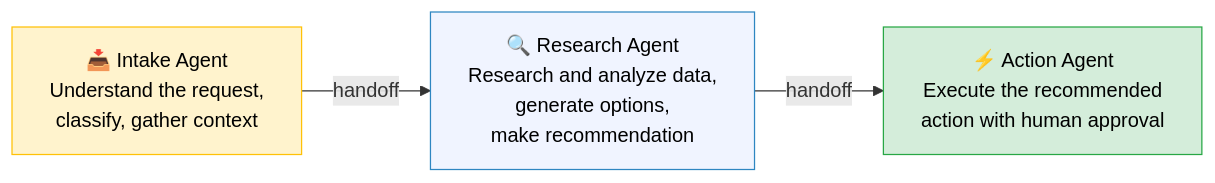
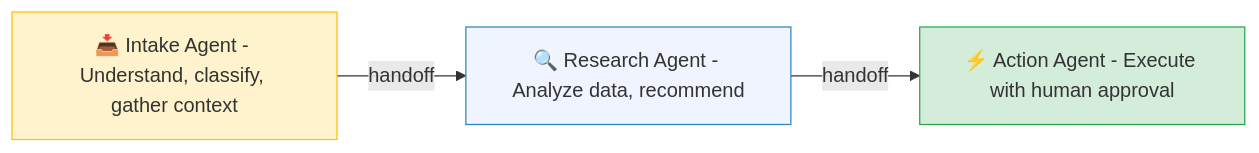
One commit to ithinktavo/GenAI-Engineering-Handbook changed the fifth of 7 diagrams in docs/07-agentic-ai.md. Above: the diagram before and after it, drawn with Mermaid. The commit also changed other lines of this file and 9 other files, not shown here.

First line of the commit message:
Fix Mermaid rendering: remove emoji from subgraph titles and unsupported syntax

````diff
--- a/docs/07-agentic-ai.md
+++ b/docs/07-agentic-ai.md
@@ -197,12 +197,12 @@
 ```mermaid
 graph LR
-    Intake["📥 Intake Agent\nUnderstand the request,\nclassify, gather context"]
-    Research["🔍 Research Agent\nResearch and analyze data,\ngenerate options,\nmake recommendation"]
-    Action["⚡ Action Agent\nExecute the recommended\naction with human approval"]
+    Intake["📥 Intake Agent - Understand, classify, gather context"]
+    Research["🔍 Research Agent - Analyze data, recommend"]
+    Action["⚡ Action Agent - Execute with human approval"]
 
     Intake -- "handoff" --> Research -- "handoff" --> Action
 
-    style Intake fill:#fff3cd,stroke:#ffc107,color:#000
-    style Research fill:#f0f4ff,stroke:#2E86C1,color:#000
-    style Action fill:#d4edda,stroke:#28a745,color:#000
+    style Intake fill:#fff3cd,stroke:#ffc107
+    style Research fill:#f0f4ff,stroke:#2E86C1
+    style Action fill:#d4edda,stroke:#28a745
 ```
````
